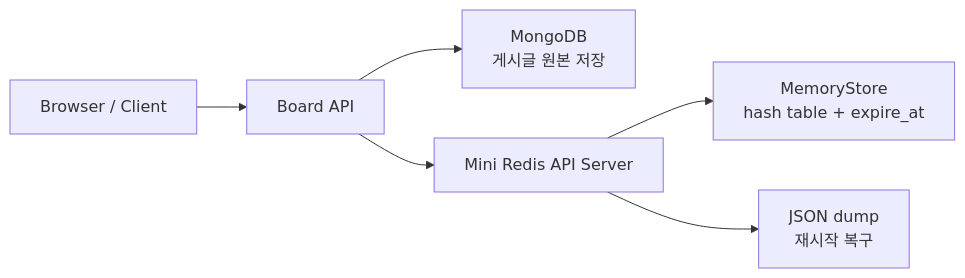
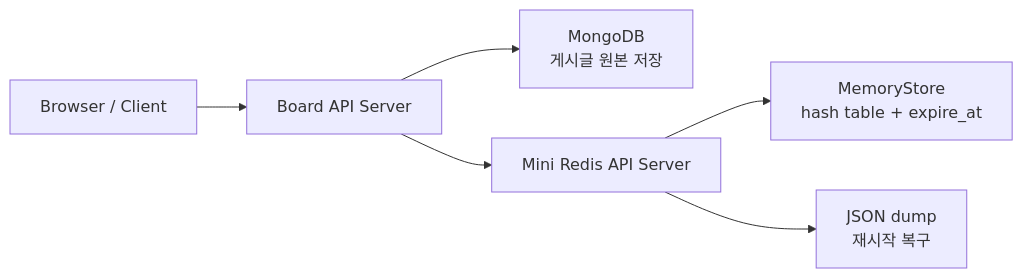
The diagram in README.md (ndh5178/3week_codex), drawn with Mermaid before and after one commit.

Commit message:
docs: rename diagram node to board api server

````diff
--- a/README.md
+++ b/README.md
@@ -13,8 +13,8 @@
 ```mermaid
 flowchart LR
-    U["Browser / Client"] --> B["Board API"]
+    U["Browser / Client"] --> B["Board API Server"]
     B --> M["MongoDB<br/>게시글 원본 저장"]
     B --> R["Mini Redis API Server"]
     R --> S["MemoryStore<br/>hash table + expire_at"]
     R --> J["JSON dump<br/>재시작 복구"]
 ```
````
